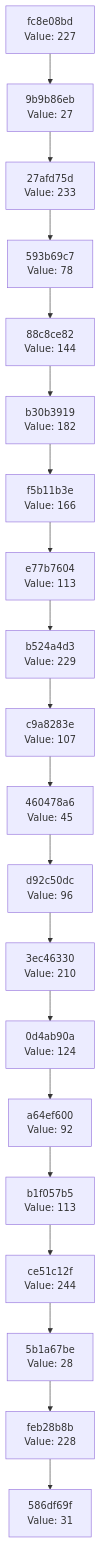
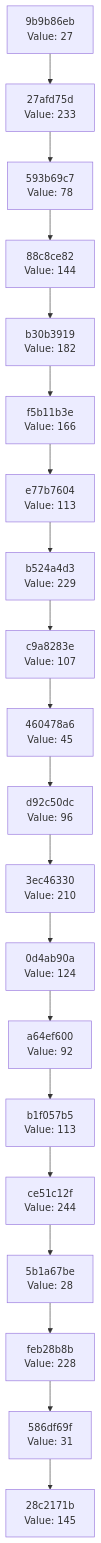
Before and after one commit to Abhisheksinha1506/hash-chain-evolver: the diagram in docs/CHAIN_VISUALIZATION.md, drawn with Mermaid. The commit also changed 2 other files, not shown here.

Commit message:
Evolution step: hash 0x91 → action executed

````diff
--- a/docs/CHAIN_VISUALIZATION.md
+++ b/docs/CHAIN_VISUALIZATION.md
@@ -3,42 +3,42 @@
 ```mermaid
 graph TD
-    C0["586df69f<br/>Value: 31"]
-    C1["feb28b8b<br/>Value: 228"]
+    C0["28c2171b<br/>Value: 145"]
+    C1["586df69f<br/>Value: 31"]
     C1 --> C0
-    C2["5b1a67be<br/>Value: 28"]
+    C2["feb28b8b<br/>Value: 228"]
     C2 --> C1
-    C3["ce51c12f<br/>Value: 244"]
+    C3["5b1a67be<br/>Value: 28"]
     C3 --> C2
-    C4["b1f057b5<br/>Value: 113"]
+    C4["ce51c12f<br/>Value: 244"]
     C4 --> C3
-    C5["a64ef600<br/>Value: 92"]
+    C5["b1f057b5<br/>Value: 113"]
     C5 --> C4
-    C6["0d4ab90a<br/>Value: 124"]
+    C6["a64ef600<br/>Value: 92"]
     C6 --> C5
-    C7["3ec46330<br/>Value: 210"]
+    C7["0d4ab90a<br/>Value: 124"]
     C7 --> C6
-    C8["d92c50dc<br/>Value: 96"]
+    C8["3ec46330<br/>Value: 210"]
     C8 --> C7
-    C9["460478a6<br/>Value: 45"]
+    C9["d92c50dc<br/>Value: 96"]
     C9 --> C8
-    C10["c9a8283e<br/>Value: 107"]
+    C10["460478a6<br/>Value: 45"]
     C10 --> C9
-    C11["b524a4d3<br/>Value: 229"]
+    C11["c9a8283e<br/>Value: 107"]
     C11 --> C10
-    C12["e77b7604<br/>Value: 113"]
+    C12["b524a4d3<br/>Value: 229"]
     C12 --> C11
-    C13["f5b11b3e<br/>Value: 166"]
+    C13["e77b7604<br/>Value: 113"]
     C13 --> C12
-    C14["b30b3919<br/>Value: 182"]
+    C14["f5b11b3e<br/>Value: 166"]
     C14 --> C13
-    C15["88c8ce82<br/>Value: 144"]
+    C15["b30b3919<br/>Value: 182"]
     C15 --> C14
-    C16["593b69c7<br/>Value: 78"]
+    C16["88c8ce82<br/>Value: 144"]
     C16 --> C15
-    C17["27afd75d<br/>Value: 233"]
+    C17["593b69c7<br/>Value: 78"]
     C17 --> C16
-    C18["9b9b86eb<br/>Value: 27"]
+    C18["27afd75d<br/>Value: 233"]
     C18 --> C17
-    C19["fc8e08bd<br/>Value: 227"]
+    C19["9b9b86eb<br/>Value: 27"]
     C19 --> C18
 ```
````
